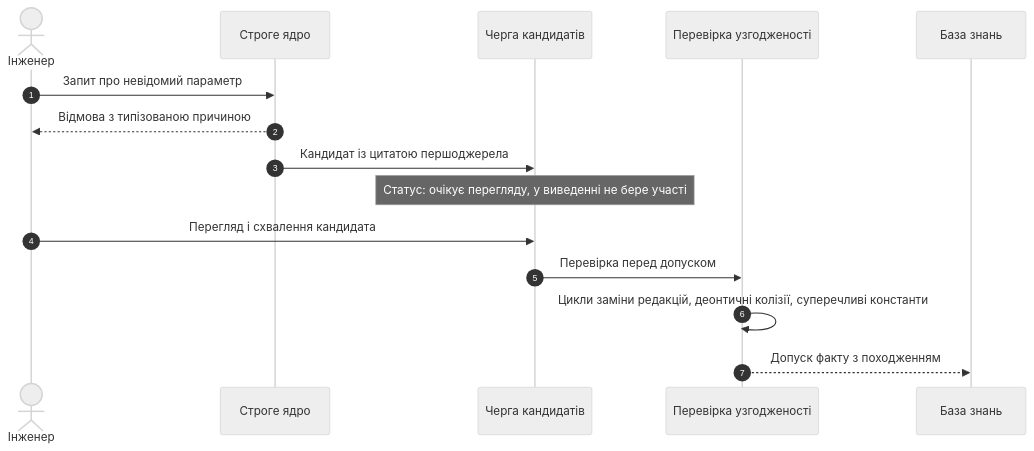
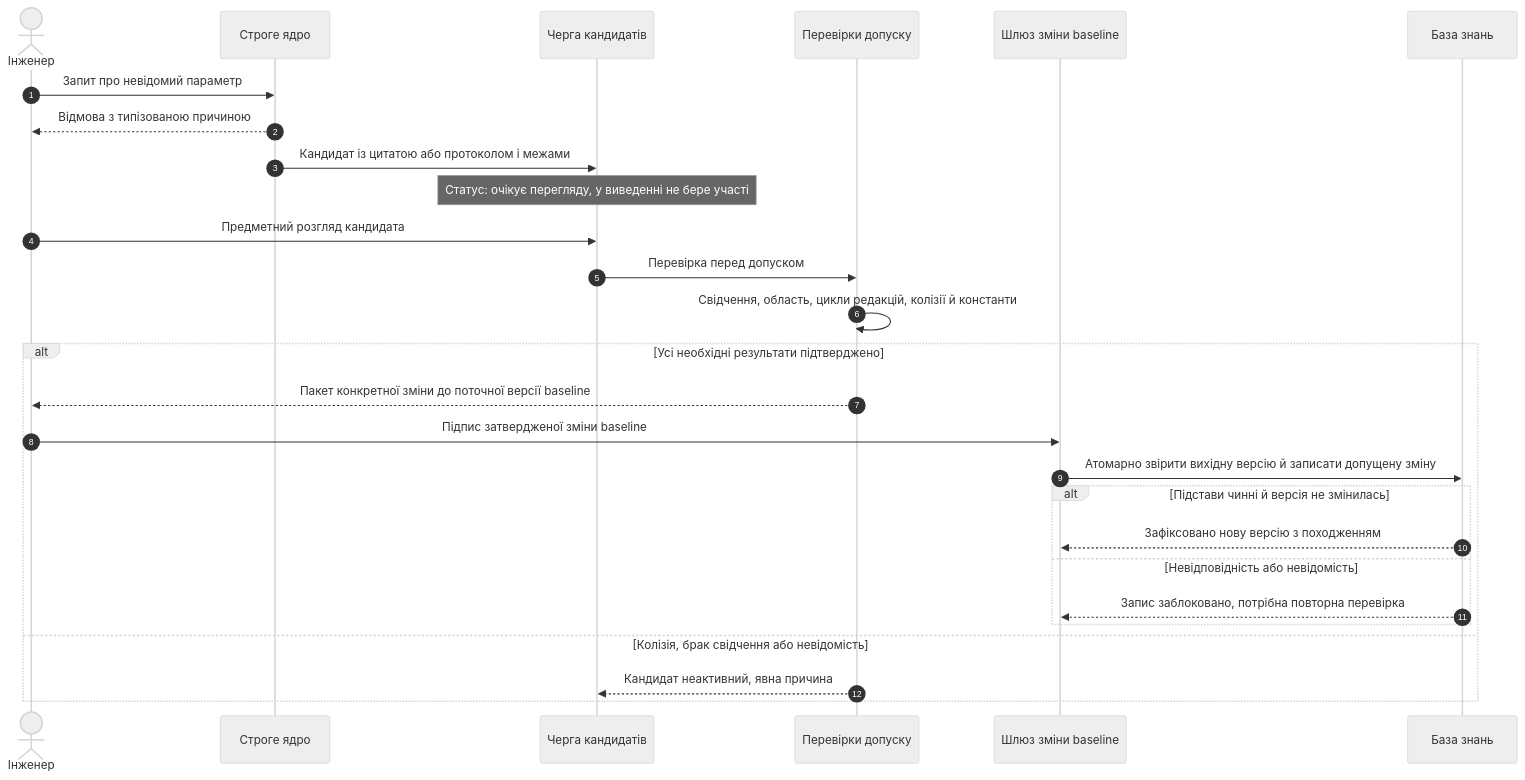
One commit to nick-fedchik/articles changed the fourth of 7 diagrams in ExpertSystem/ch28-dual-mode-expert-systems.md. Above: the diagram before and after it, drawn with Mermaid (neutral theme). The commit also changed other lines of this file and 375 other files, not shown here.

````diff
--- a/ExpertSystem/ch28-dual-mode-expert-systems.md
+++ b/ExpertSystem/ch28-dual-mode-expert-systems.md
@@ -321,19 +321,31 @@
 ```mermaid
 sequenceDiagram
     autonumber
-    accTitle: Від відмови до схваленого факту
-    accDescr: Строге ядро відмовляє, створює кандидата з цитатою, кандидат очікує перегляду, перевірка узгодженості передує схваленню, і лише схвалений факт потрапляє до бази знань.
+    accTitle: Від відмови до контрольованої зміни baseline
+    accDescr: Цитата або протокол створює кандидата, не факт. Після перевірки свідчень, області, узгодженості та експертного розгляду людина затверджує конкретну зміну baseline; перед записом повторно звіряються кандидат і поточна версія.
     actor Eng as Інженер
     participant Core as Строге ядро
     participant Queue as Черга кандидатів
-    participant Audit as Перевірка узгодженості
+    participant Audit as Перевірки допуску
+    participant Gate as Шлюз зміни baseline
     participant KB as База знань
     Eng->>Core: Запит про невідомий параметр
     Core-->>Eng: Відмова з типізованою причиною
-    Core->>Queue: Кандидат із цитатою першоджерела
+    Core->>Queue: Кандидат із цитатою або протоколом і межами
     Note over Queue: Статус: очікує перегляду, у виведенні не бере участі
-    Eng->>Queue: Перегляд і схвалення кандидата
+    Eng->>Queue: Предметний розгляд кандидата
     Queue->>Audit: Перевірка перед допуском
-    Audit->>Audit: Цикли заміни редакцій, деонтичні колізії, суперечливі константи
-    Audit-->>KB: Допуск факту з походженням
+    Audit->>Audit: Свідчення, область, цикли редакцій, колізії й константи
+    alt Усі необхідні результати підтверджено
+        Audit-->>Eng: Пакет конкретної зміни до поточної версії baseline
+        Eng->>Gate: Підпис затвердженої зміни baseline
+        Gate->>KB: Атомарно звірити вихідну версію й записати допущену зміну
+        alt Підстави чинні й версія не змінилась
+            KB-->>Gate: Зафіксовано нову версію з походженням
+        else Невідповідність або невідомість
+            KB-->>Gate: Запис заблоковано, потрібна повторна перевірка
+        end
+    else Колізія, брак свідчення або невідомість
+        Audit-->>Queue: Кандидат неактивний, явна причина
+    end
 ```
````
